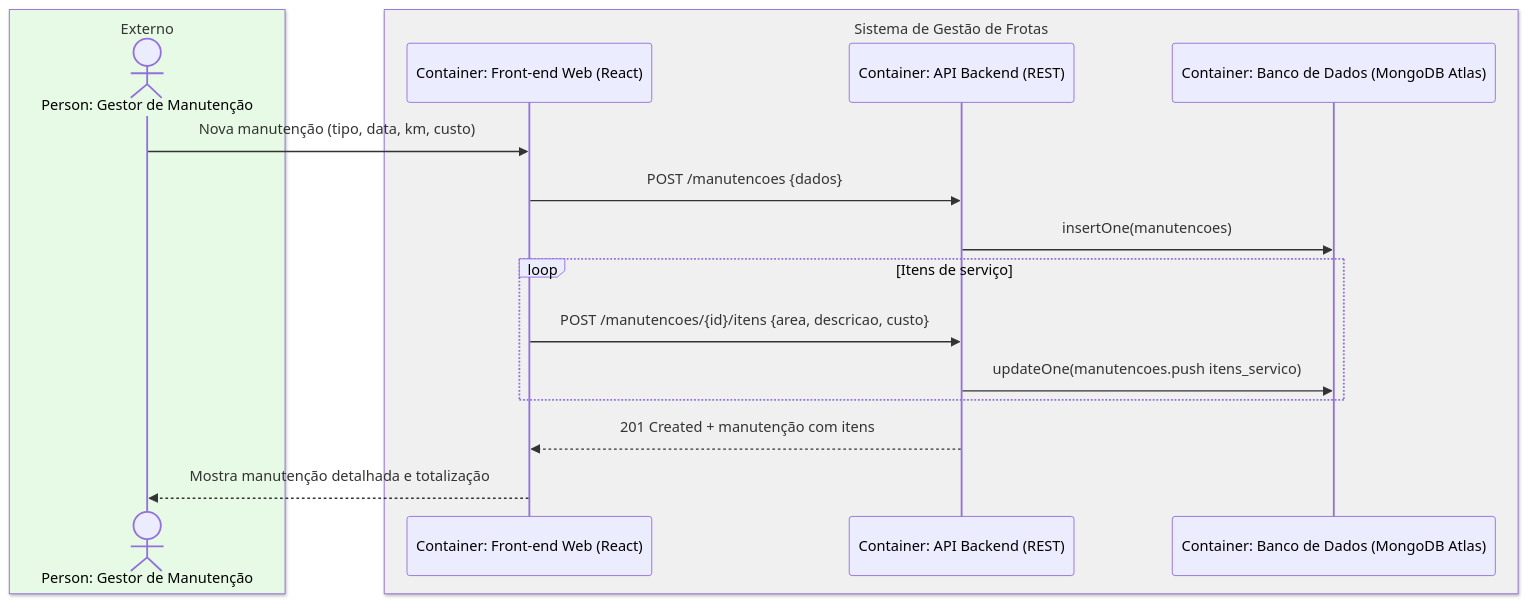
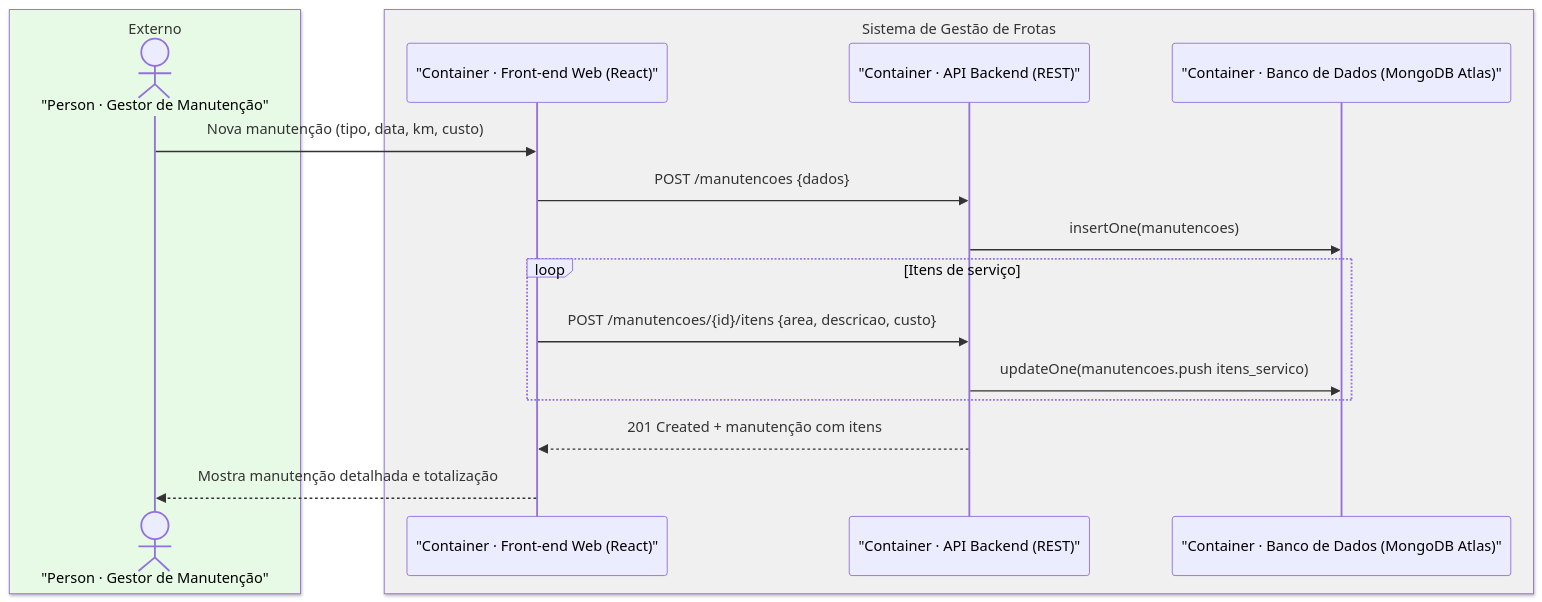
Before and after one commit to celfons/Pedro: the fourth of 4 diagrams in c4.md, drawn with Mermaid. The commit also changed other lines of this file, not shown here.

````diff
--- a/c4.md
+++ b/c4.md
@@ -114,21 +114,21 @@
 ```mermaid
 sequenceDiagram
     box rgb(230,250,230) Externo
-      actor G as Person: Gestor de Manutenção
+      actor G as "Person · Gestor de Manutenção"
     end
     box rgb(240,240,240) Sistema de Gestão de Frotas
-      participant FE as Container: Front-end Web (React)
-      participant API as Container: API Backend (REST)
-      participant DB as Container: Banco de Dados (MongoDB Atlas)
+      participant FE as "Container · Front-end Web (React)"
+      participant API as "Container · API Backend (REST)"
+      participant DB as "Container · Banco de Dados (MongoDB Atlas)"
     end
 
     G->>FE: Nova manutenção (tipo, data, km, custo)
     FE->>API: POST /manutencoes {dados}
     API->>DB: insertOne(manutencoes)
     loop Itens de serviço
       FE->>API: POST /manutencoes/{id}/itens {area, descricao, custo}
       API->>DB: updateOne(manutencoes.push itens_servico)
     end
     API-->>FE: 201 Created + manutenção com itens
     FE-->>G: Mostra manutenção detalhada e totalização
 ```
````
